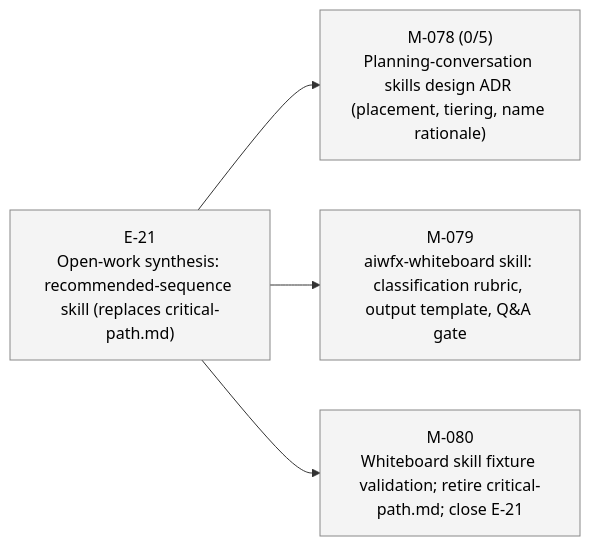
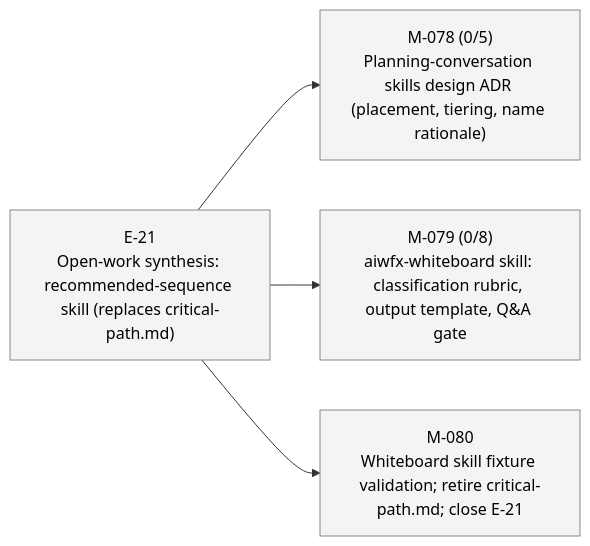
One commit to 23min/aiwf changed the third of 4 diagrams in STATUS.md. Above: the diagram before and after it, drawn with Mermaid. The commit also changed other lines of this file and 1 other file, not shown here.

````diff
--- a/STATUS.md
+++ b/STATUS.md
@@ -70,16 +70,16 @@
 ```mermaid
 flowchart LR
   E_21["E-21<br/>Open-work synthesis: recommended-sequence skill (replaces critical-path.md)"]:::epic_proposed
   M_078["M-078 (0/5)<br/>Planning-conversation skills design ADR (placement, tiering, name rationale)"]:::ms_draft
   E_21 --> M_078
-  M_079["M-079<br/>aiwfx-whiteboard skill: classification rubric, output template, Q&A gate"]:::ms_draft
+  M_079["M-079 (0/8)<br/>aiwfx-whiteboard skill: classification rubric, output template, Q&A gate"]:::ms_draft
   E_21 --> M_079
   M_080["M-080<br/>Whiteboard skill fixture validation; retire critical-path.md; close E-21"]:::ms_draft
   E_21 --> M_080
   classDef epic_active fill:#d6eaff,stroke:#1a73e8,color:#000
   classDef epic_proposed fill:#f4f4f4,stroke:#888,color:#000
   classDef ms_done fill:#d8f5d8,stroke:#2a8a2a,color:#000
   classDef ms_in_progress fill:#fff3c4,stroke:#caa400,color:#000
   classDef ms_draft fill:#f4f4f4,stroke:#888,color:#000
   classDef ms_cancelled fill:#fbeaea,stroke:#c33,color:#000
 ```
````
